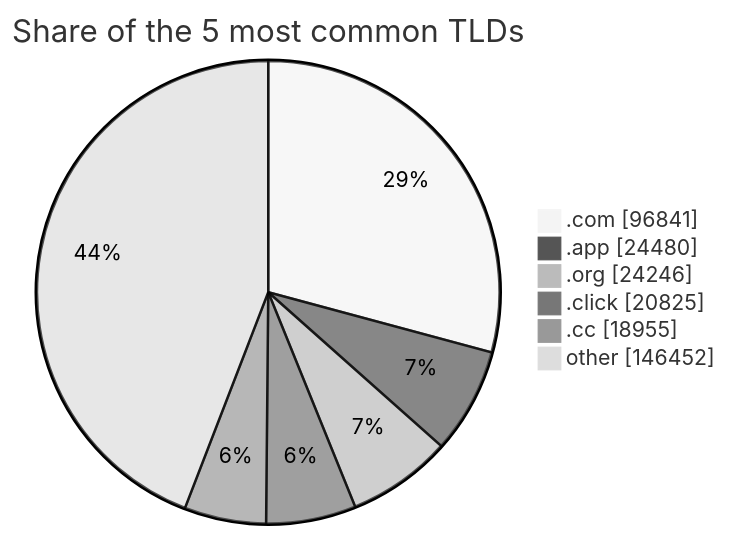
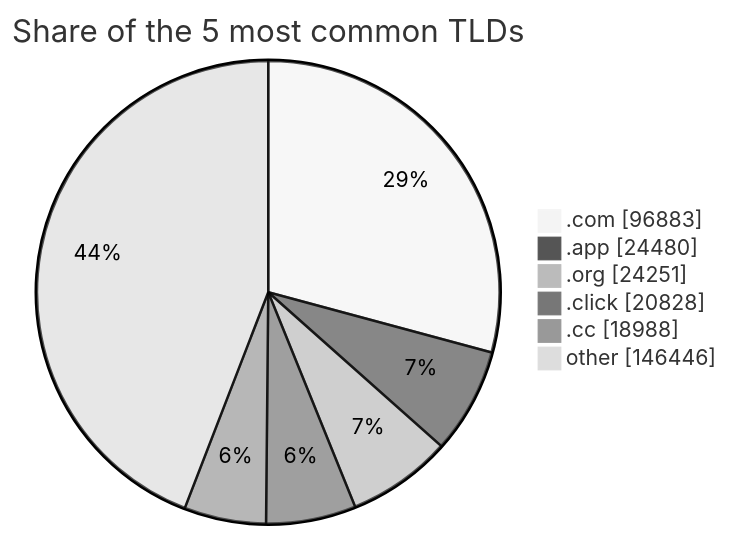
One commit to DNSBunker/CTI changed the third of 3 diagrams in README.md. Above: the diagram before and after it, drawn with Mermaid (neutral theme). The commit also changed other lines of this file and 4 other files, not shown here.

````diff
--- a/README.md
+++ b/README.md
@@ -81,9 +81,9 @@
 ```mermaid
 pie showData title Share of the 5 most common TLDs
-    ".com" : 96841
+    ".com" : 96883
     ".app" : 24480
-    ".org" : 24246
-    ".click" : 20825
-    ".cc" : 18955
-    "other" : 146452
+    ".org" : 24251
+    ".click" : 20828
+    ".cc" : 18988
+    "other" : 146446
 ```
````
